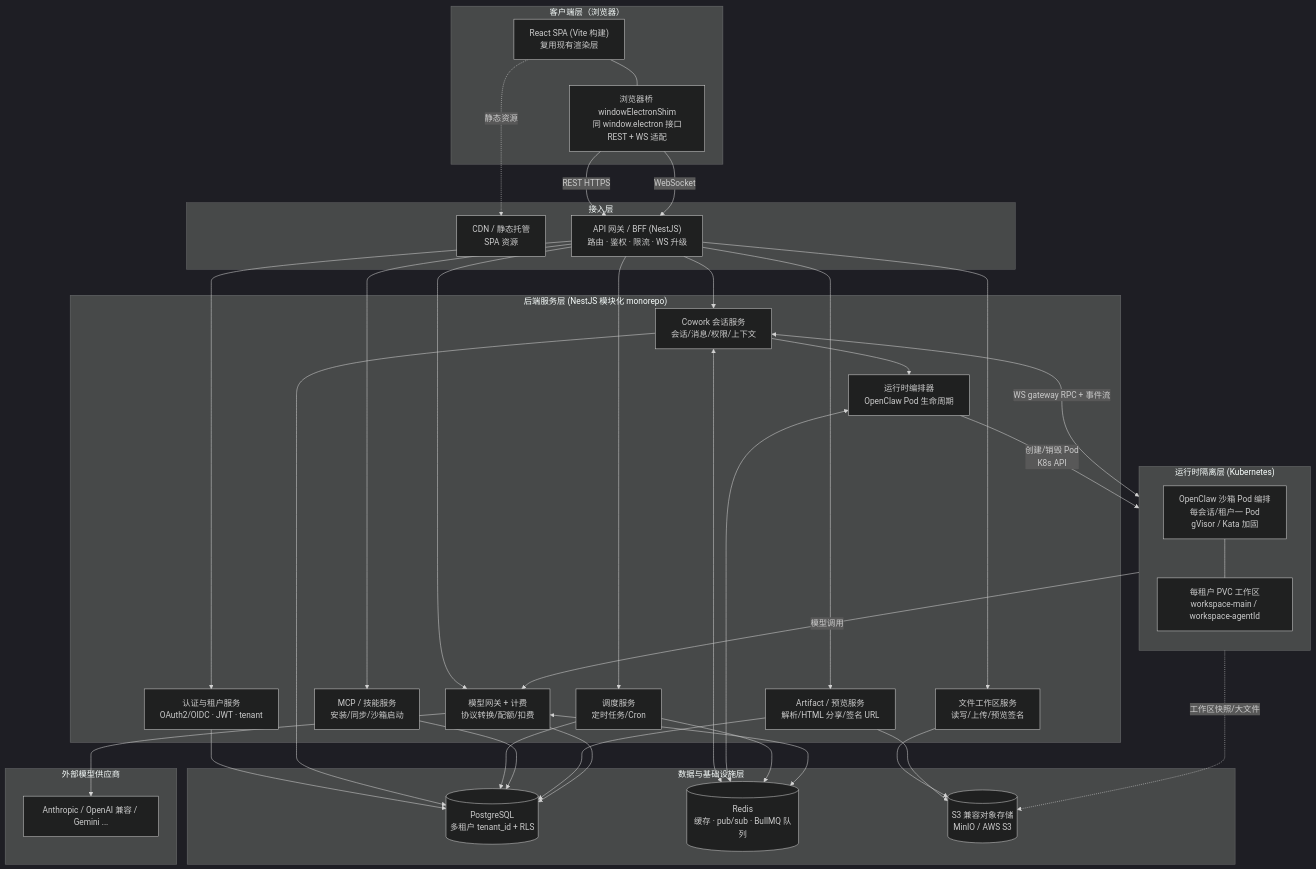
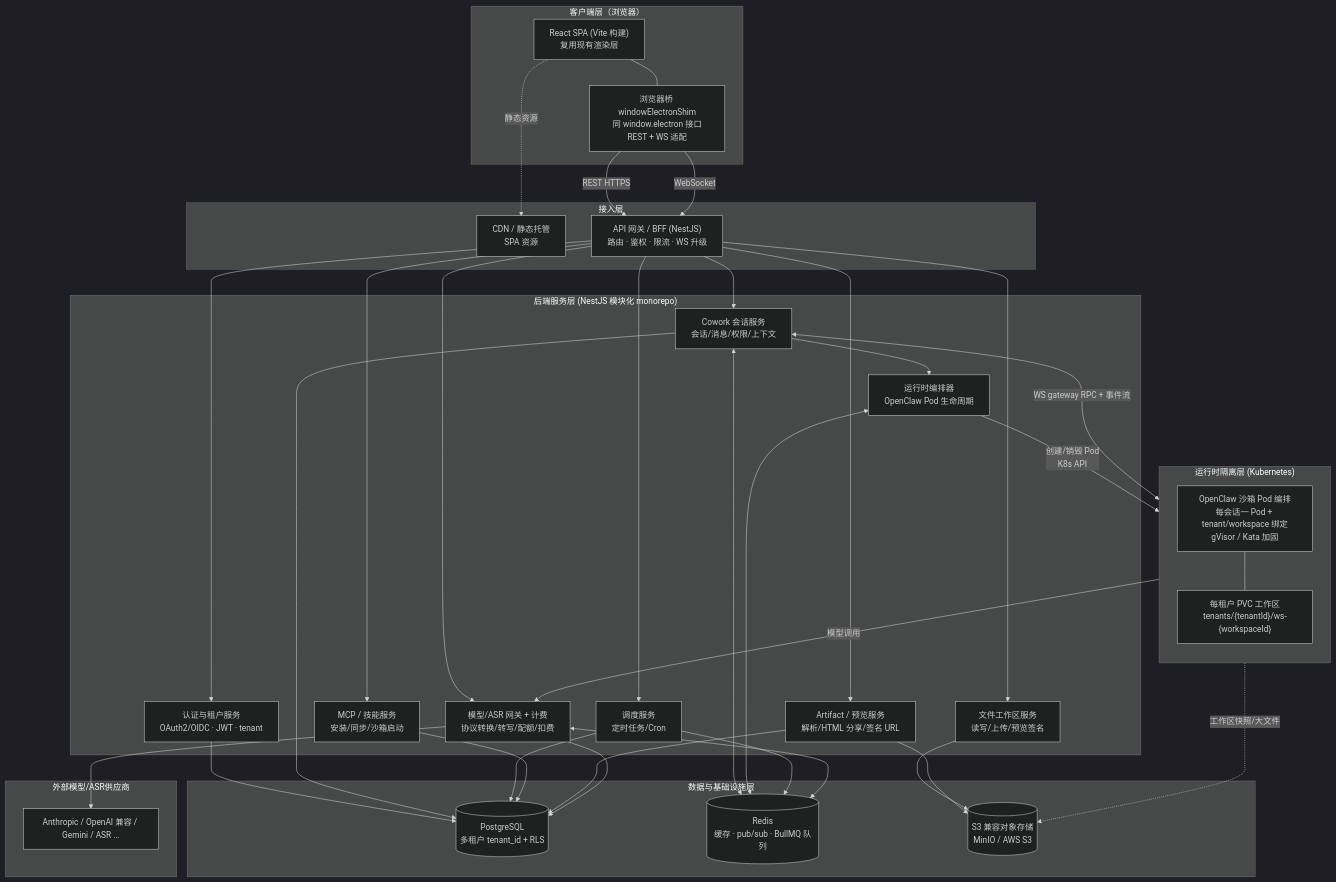
The first of 4 diagrams in 改造计划/02-目标架构与技术选型.md (edward-ng-duke/LobsterAI), drawn with Mermaid (dark theme) before and after one commit. The commit also changed other lines of this file and 27 other files, not shown here.

````diff
--- a/改造计划/02-目标架构与技术选型.md
+++ b/改造计划/02-目标架构与技术选型.md
@@ -50,74 +50,74 @@
 ```mermaid
 flowchart TB
   subgraph Client["客户端层（浏览器）"]
     SPA["React SPA (Vite 构建)<br/>复用现有渲染层"]
     Bridge["浏览器桥 windowElectronShim<br/>同 window.electron 接口<br/>REST + WS 适配"]
     SPA --- Bridge
   end
 
   subgraph Edge["接入层"]
     CDN["CDN / 静态托管<br/>SPA 资源"]
     GW["API 网关 / BFF (NestJS)<br/>路由 · 鉴权 · 限流 · WS 升级"]
   end
 
   subgraph Services["后端服务层 (NestJS 模块化 monorepo)"]
     Auth["认证与租户服务<br/>OAuth2/OIDC · JWT · tenant"]
     Cowork["Cowork 会话服务<br/>会话/消息/权限/上下文"]
     Orch["运行时编排器<br/>OpenClaw Pod 生命周期"]
     FileSvc["文件工作区服务<br/>读写/上传/预览签名"]
-    ModelGW["模型网关 + 计费<br/>协议转换/配额/扣费"]
+    ModelGW["模型/ASR 网关 + 计费<br/>协议转换/转写/配额/扣费"]
     Sched["调度服务<br/>定时任务/Cron"]
     McpSkill["MCP / 技能服务<br/>安装/同步/沙箱启动"]
     Artifact["Artifact / 预览服务<br/>解析/HTML 分享/签名 URL"]
   end
 
   subgraph Runtime["运行时隔离层 (Kubernetes)"]
     direction TB
-    PodPool["OpenClaw 沙箱 Pod 编排<br/>每会话/租户一 Pod<br/>gVisor / Kata 加固"]
-    PVC["每租户 PVC 工作区<br/>workspace-main / workspace-agentId"]
+    PodPool["OpenClaw 沙箱 Pod 编排<br/>每会话一 Pod + tenant/workspace 绑定<br/>gVisor / Kata 加固"]
+    PVC["每租户 PVC 工作区<br/>tenants/{tenantId}/ws-{workspaceId}"]
     PodPool --- PVC
   end
 
   subgraph Data["数据与基础设施层"]
     PG[("PostgreSQL<br/>多租户 tenant_id + RLS")]
     Redis[("Redis<br/>缓存 · pub/sub · BullMQ 队列")]
     S3[("S3 兼容对象存储<br/>MinIO / AWS S3")]
   end
 
-  subgraph LLM["外部模型供应商"]
-    Providers["Anthropic / OpenAI 兼容 / Gemini ..."]
+  subgraph LLM["外部模型/ASR供应商"]
+    Providers["Anthropic / OpenAI 兼容 / Gemini / ASR ..."]
   end
 
   SPA -. 静态资源 .-> CDN
   Bridge -->|REST HTTPS| GW
   Bridge -->|WebSocket| GW
   GW --> Auth
   GW --> Cowork
   GW --> FileSvc
   GW --> ModelGW
   GW --> Sched
   GW --> McpSkill
   GW --> Artifact
 
   Cowork --> Orch
   Orch -->|创建/销毁 Pod<br/>K8s API| PodPool
   Cowork <-->|WS gateway RPC + 事件流| PodPool
   PodPool -->|模型调用| ModelGW
   ModelGW --> Providers
 
   Auth --> PG
   Cowork --> PG
   Sched --> PG
   McpSkill --> PG
   Artifact --> PG
   ModelGW --> PG
 
   Cowork <--> Redis
   Orch <--> Redis
   Sched --> Redis
   ModelGW <--> Redis
 
   FileSvc --> S3
   Artifact --> S3
   PodPool -. 工作区快照/大文件 .-> S3
 ```
````
